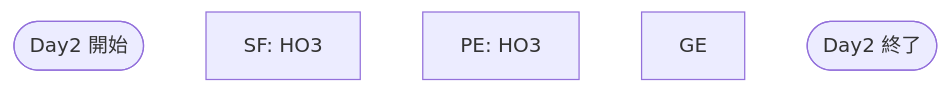
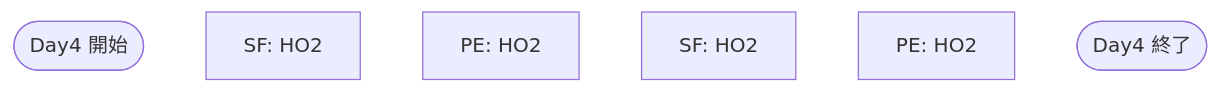
One commit to KarasuTatehi/last-resort-disturbance changed the fourth of 4 diagrams in specs/routing.md. Above: the diagram before and after it, drawn with Mermaid. The commit also changed other lines of this file, not shown here.

Commit message:
specs/routing.md updated from https://stackedit.io/

````diff
--- a/specs/routing.md
+++ b/specs/routing.md
@@ -100,8 +100,11 @@
 ```mermaid
 flowchart TD
-D4S([Day2 開始])
-D4-SF-HO3["SF: HO3"]
-D4-PE-HO3["PE: HO3"]
-D4-GE["GE"]
-D4E([Day2 終了])
+D4S([Day4 開始])
+D4-SF-HO2["SF: HO2"]
+D4-PE-HO2["PE: HO2"]
+D4-SF-HO3["SF: HO2"]
+D4-PE-HO3["PE: HO2"]
+D4E([Day4 終了])
+
+
 ```
````
